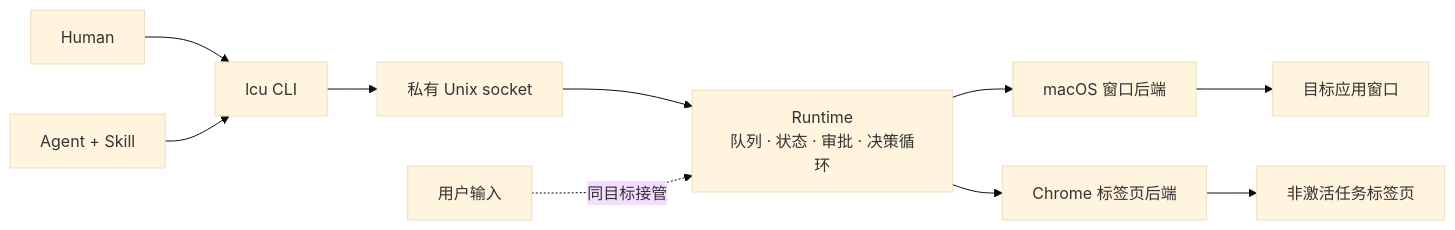
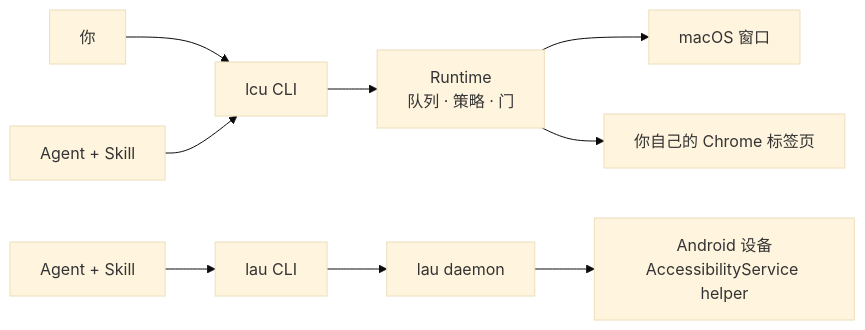
One commit to HelloiOS2014/AnythingUse changed the diagram in README.zh-CN.md. Above: the diagram before and after it, drawn with Mermaid (base theme). The commit also changed other lines of this file and 3 other files, not shown here.

````diff
--- a/README.zh-CN.md
+++ b/README.zh-CN.md
@@ -37,12 +9,11 @@
 ```mermaid
 flowchart LR
-    H["Human"] --> CLI["lcu CLI"]
-    A["Agent + Skill"] --> CLI
-    CLI --> IPC["私有 Unix socket"]
-    IPC --> RT["Runtime<br/>队列 · 状态 · 审批 · 决策循环"]
-    RT --> MAC["macOS 窗口后端"]
-    RT --> CHROME["Chrome 标签页后端"]
-    MAC --> APP["目标应用窗口"]
-    CHROME --> TAB["非激活任务标签页"]
-    USER["用户输入"] -. "同目标接管" .-> RT
+    H["你"] --> LCU["lcu CLI"]
+    A["Agent + Skill"] --> LCU
+    LCU --> RT["Runtime<br/>队列 · 策略 · 门"]
+    RT --> MAC["macOS 窗口"]
+    RT --> CH["你自己的 Chrome 标签页"]
+    A2["Agent + Skill"] --> LAU["lau CLI"]
+    LAU --> DAEMON["lau daemon"]
+    DAEMON --> DEV["Android 设备<br/>AccessibilityService helper"]
 ```
````
